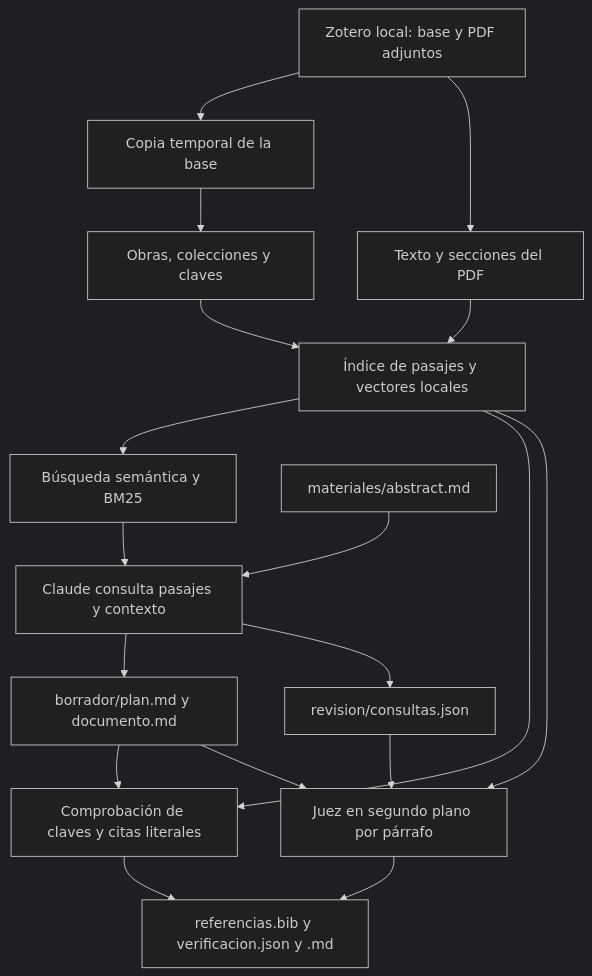
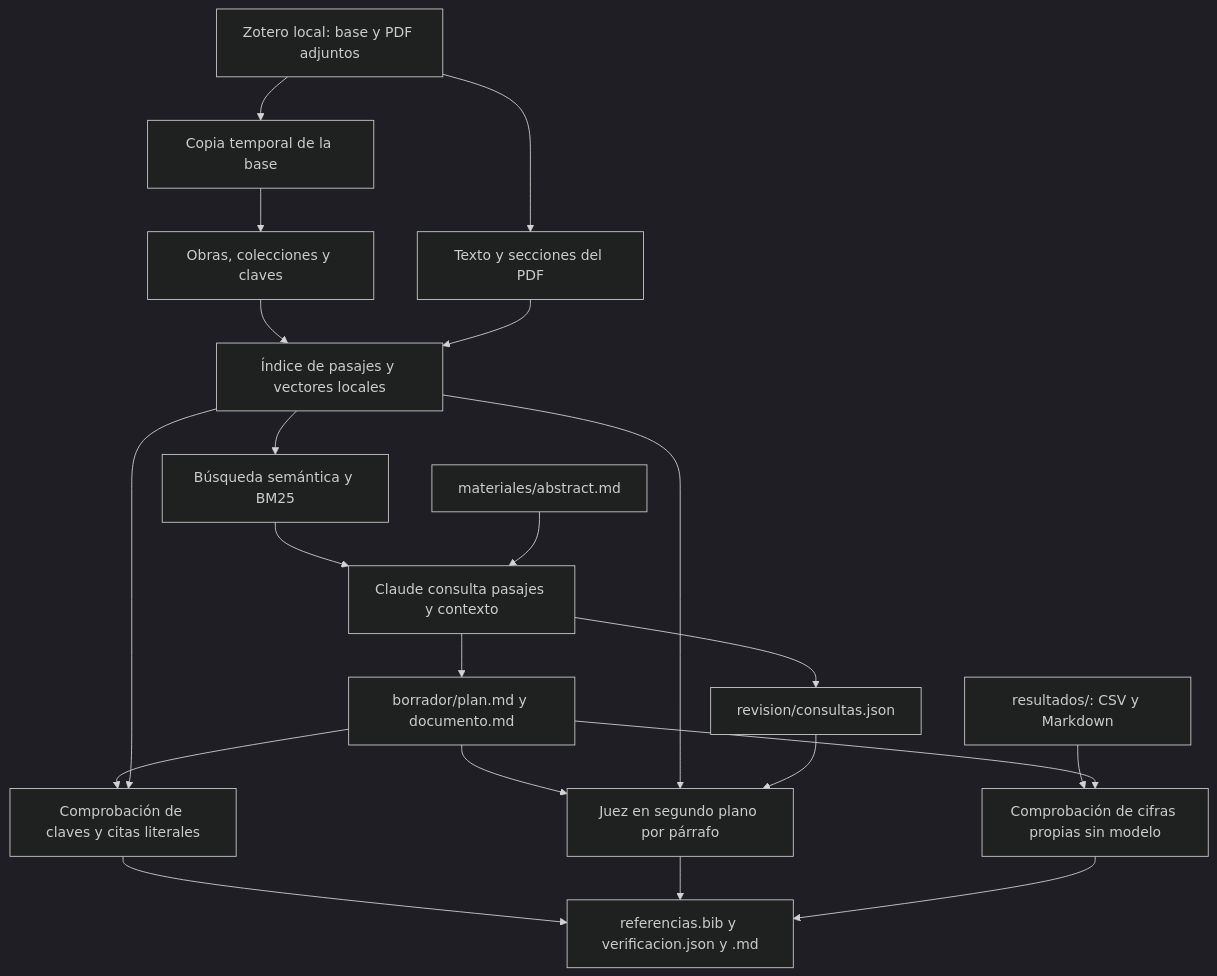
Before and after one commit to mikelval82/TheAiWriter: the diagram in docs/architecture.md, drawn with Mermaid (dark theme). The commit also changed other lines of this file and 15 other files, not shown here.

First line of the commit message:
Tipo de documento «resultados» y comprobación de cifras propias, versión 0.3.0

````diff
--- a/docs/architecture.md
+++ b/docs/architecture.md
@@ -46,20 +47,23 @@
 ```mermaid
 flowchart TD
     Z[Zotero local: base y PDF adjuntos] --> C[Copia temporal de la base]
     C --> O[Obras, colecciones y claves]
     Z --> P[Texto y secciones del PDF]
     O --> I[Índice de pasajes y vectores locales]
     P --> I
     I --> B[Búsqueda semántica y BM25]
     B --> L[Claude consulta pasajes y contexto]
     A[materiales/abstract.md] --> L
     L --> D[borrador/plan.md y documento.md]
     L --> Q[revision/consultas.json]
     D --> V[Comprobación de claves y citas literales]
     I --> V
     V --> R[referencias.bib y verificacion.json y .md]
     D --> J[Juez en segundo plano por párrafo]
     I --> J
     Q --> J
     J --> R
+    T[resultados/: CSV y Markdown] --> F[Comprobación de cifras propias sin modelo]
+    D --> F
+    F --> R
 ```
````
